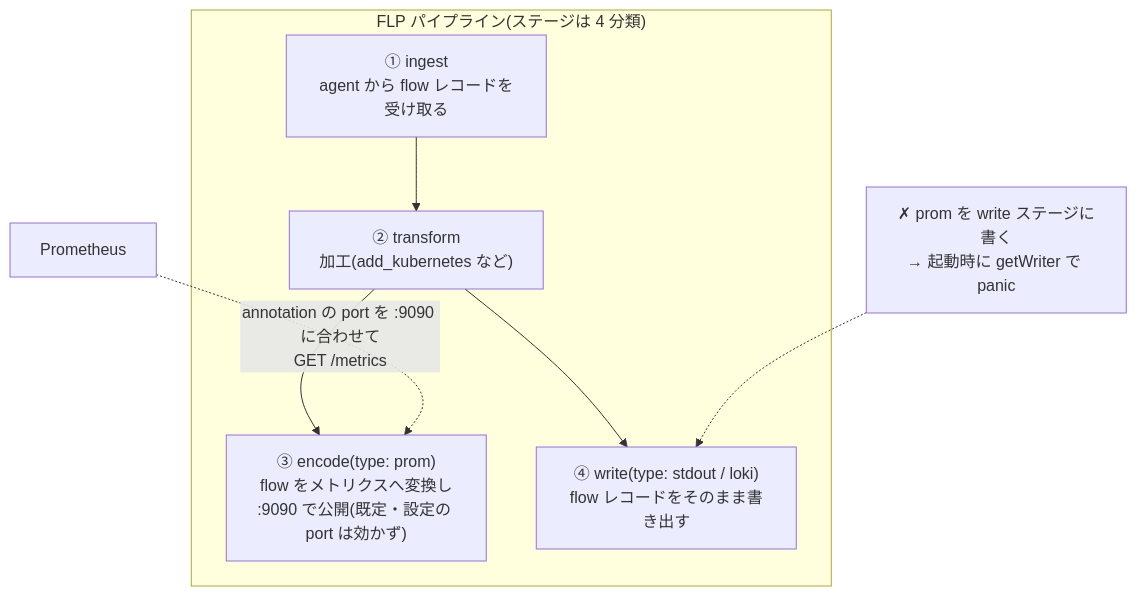
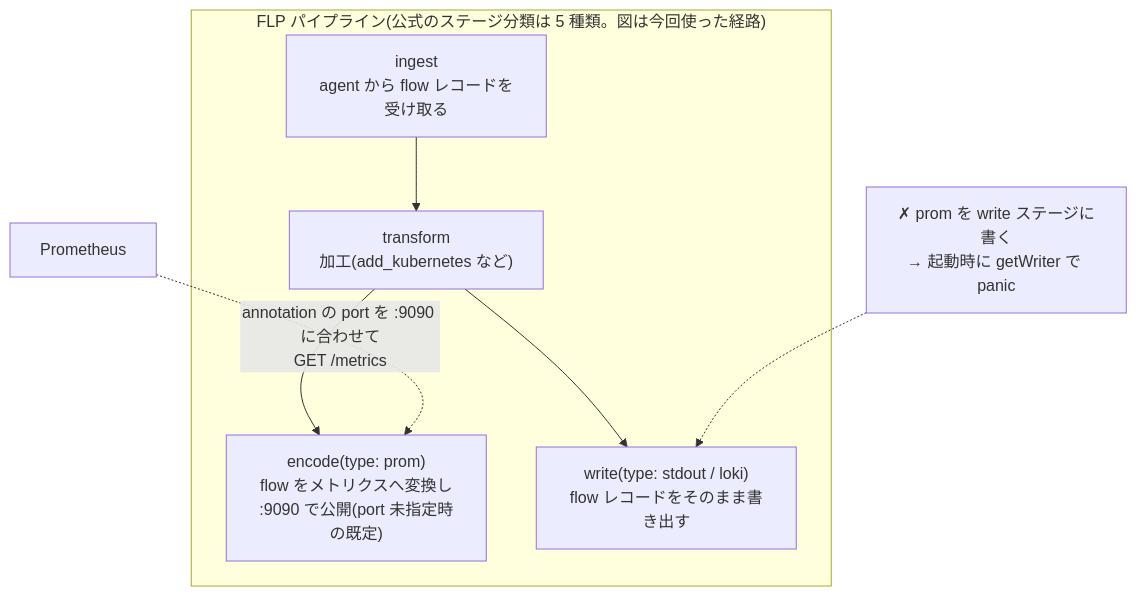
Before and after one commit to shinichitazawa/zenn-articles: the second of 2 diagrams in articles/026-netobserv-multicloud-flows-keda-ca.md, drawn with Mermaid. The commit also changed other lines of this file, not shown here.

````diff
--- a/articles/026-netobserv-multicloud-flows-keda-ca.md
+++ b/articles/026-netobserv-multicloud-flows-keda-ca.md
@@ -317,10 +323,10 @@
 ```mermaid
 flowchart TB
-  subgraph FLP["FLP パイプライン(ステージは 4 分類)"]
-    I["① ingest<br/>agent から flow レコードを受け取る"] --> T["② transform<br/>加工(add_kubernetes など)"]
-    T --> E["③ encode(type: prom)<br/>flow をメトリクスへ変換し<br/>:9090 で公開(既定・設定の port は効かず)"]
-    T --> Wr["④ write(type: stdout / loki)<br/>flow レコードをそのまま書き出す"]
+  subgraph FLP["FLP パイプライン(公式のステージ分類は 5 種類。図は今回使った経路)"]
+    I["ingest<br/>agent から flow レコードを受け取る"] --> T["transform<br/>加工(add_kubernetes など)"]
+    T --> E["encode(type: prom)<br/>flow をメトリクスへ変換し<br/>:9090 で公開(port 未指定時の既定)"]
+    T --> Wr["write(type: stdout / loki)<br/>flow レコードをそのまま書き出す"]
   end
   P["Prometheus"] -.->|"annotation の port を :9090 に合わせて<br/>GET /metrics"| E
   NG["✗ prom を write ステージに書く<br/>→ 起動時に getWriter で panic"] -.-> Wr
 ```
````
